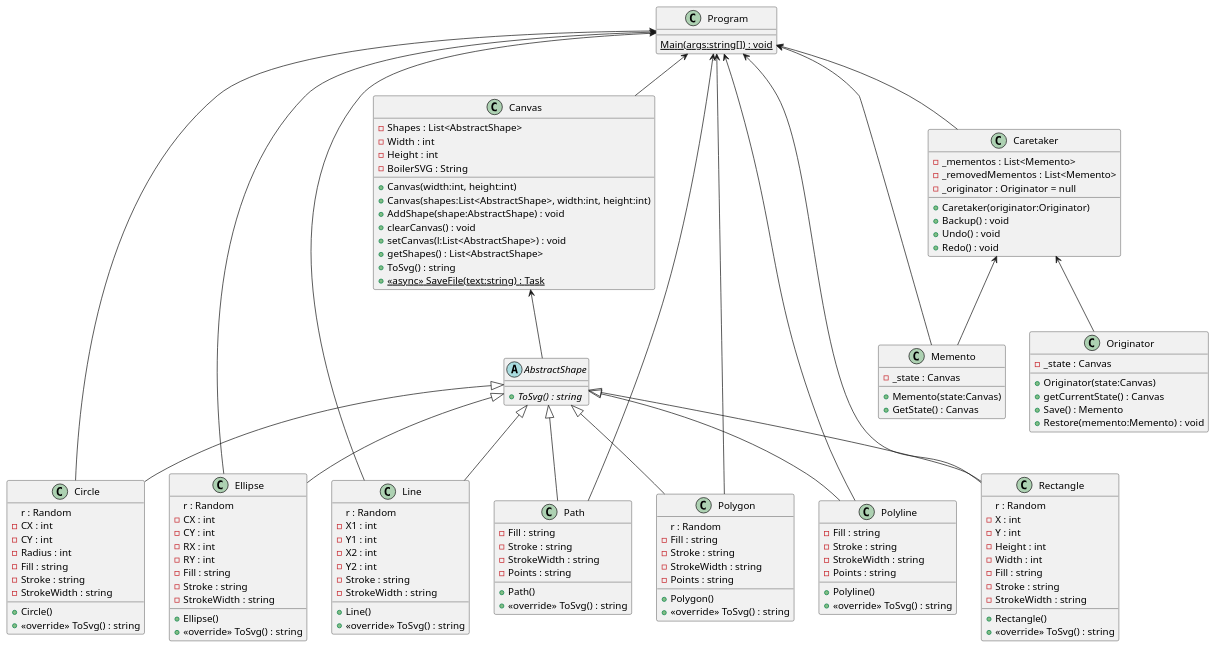
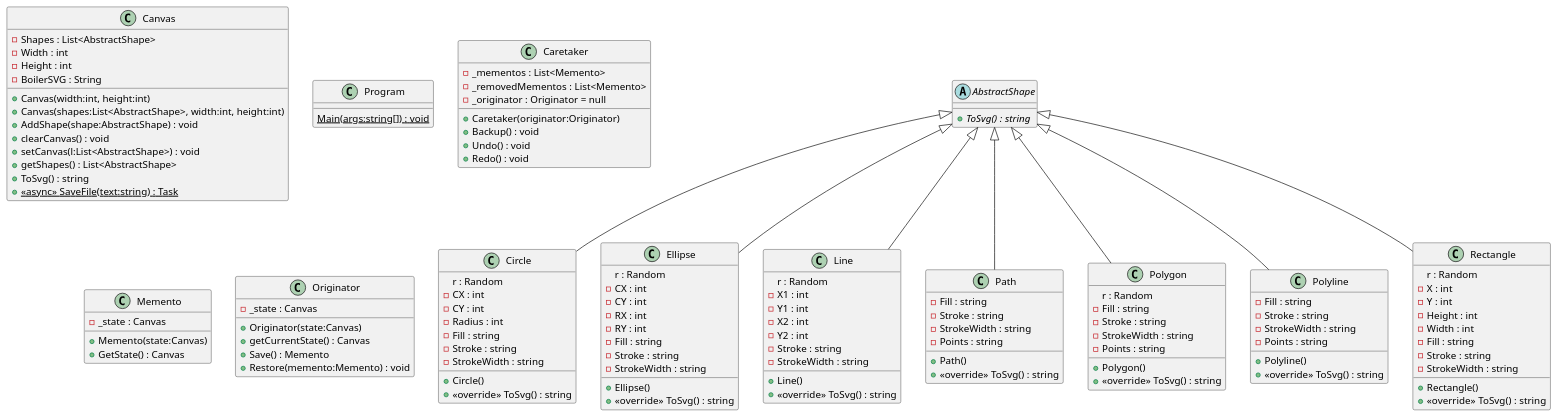
The diagram in svg_creator+memento/-createAssosiation/include.puml (BaniilBazabov/college_projects), drawn with PlantUML before and after one commit. The commit also changed 92 other files, not shown here.

```diff
--- a/svg_creator+memento/-createAssosiation/include.puml
+++ b/svg_creator+memento/-createAssosiation/include.puml
@@ -1,135 +1,121 @@
 @startuml
 class Canvas {
     - Shapes : List<AbstractShape>
     - Width : int
     - Height : int
     + Canvas(width:int, height:int)
     + Canvas(shapes:List<AbstractShape>, width:int, height:int)
     - BoilerSVG : String
     + AddShape(shape:AbstractShape) : void
     + clearCanvas() : void
     + setCanvas(l:List<AbstractShape>) : void
     + getShapes() : List<AbstractShape>
     + ToSvg() : string
     + {static} <<async>> SaveFile(text:string) : Task
 }
 class Circle {
     r : Random
     - CX : int
     - CY : int
     - Radius : int
     - Fill : string
     - Stroke : string
     - StrokeWidth : string
     + Circle()
     + <<override>> ToSvg() : string
 }
 AbstractShape <|-- Circle
 class Ellipse {
     r : Random
     - CX : int
     - CY : int
     - RX : int
     - RY : int
     - Fill : string
     - Stroke : string
     - StrokeWidth : string
     + Ellipse()
     + <<override>> ToSvg() : string
 }
 AbstractShape <|-- Ellipse
 class Line {
     r : Random
     - X1 : int
     - Y1 : int
     - X2 : int
     - Y2 : int
     - Stroke : string
     - StrokeWidth : string
     + Line()
     + <<override>> ToSvg() : string
 }
 AbstractShape <|-- Line
 class Path {
     - Fill : string
     - Stroke : string
     - StrokeWidth : string
     - Points : string
     + Path()
     + <<override>> ToSvg() : string
 }
 AbstractShape <|-- Path
 class Polygon {
     r : Random
     - Fill : string
     - Stroke : string
     - StrokeWidth : string
     - Points : string
     + Polygon()
     + <<override>> ToSvg() : string
 }
 AbstractShape <|-- Polygon
 class Polyline {
     - Fill : string
     - Stroke : string
     - StrokeWidth : string
     - Points : string
     + Polyline()
     + <<override>> ToSvg() : string
 }
 AbstractShape <|-- Polyline
 class Program {
     {static} Main(args:string[]) : void
 }
 abstract class AbstractShape {
     + {abstract} ToSvg() : string
 }
 class Rectangle {
     r : Random
     - X : int
     - Y : int
     - Height : int
     - Width : int
     - Fill : string
     - Stroke : string
     - StrokeWidth : string
     + Rectangle()
     + <<override>> ToSvg() : string
 }
 AbstractShape <|-- Rectangle
 class Caretaker {
     - _mementos : List<Memento>
     - _removedMementos : List<Memento>
     - _originator : Originator = null
     + Caretaker(originator:Originator)
     + Backup() : void
     + Undo() : void
     + Redo() : void
 }
 class Memento {
     - _state : Canvas
     + Memento(state:Canvas)
     + GetState() : Canvas
 }
 class Originator {
     - _state : Canvas
     + Originator(state:Canvas)
     + getCurrentState() : Canvas
     + Save() : Memento
     + Restore(memento:Memento) : void
 }
-
-Program <-- Circle
-Program <-- Rectangle
-Program <-- Line
-Program <-- Polygon
-Program <-- Polyline
-Program <-- Ellipse
-Program <-- Path
-Program <-- Canvas
-Program <-- Memento
-Program <-- Caretaker
-Caretaker <-- Originator
-Caretaker <-- Memento
-Canvas <-- AbstractShape
 @enduml
```
